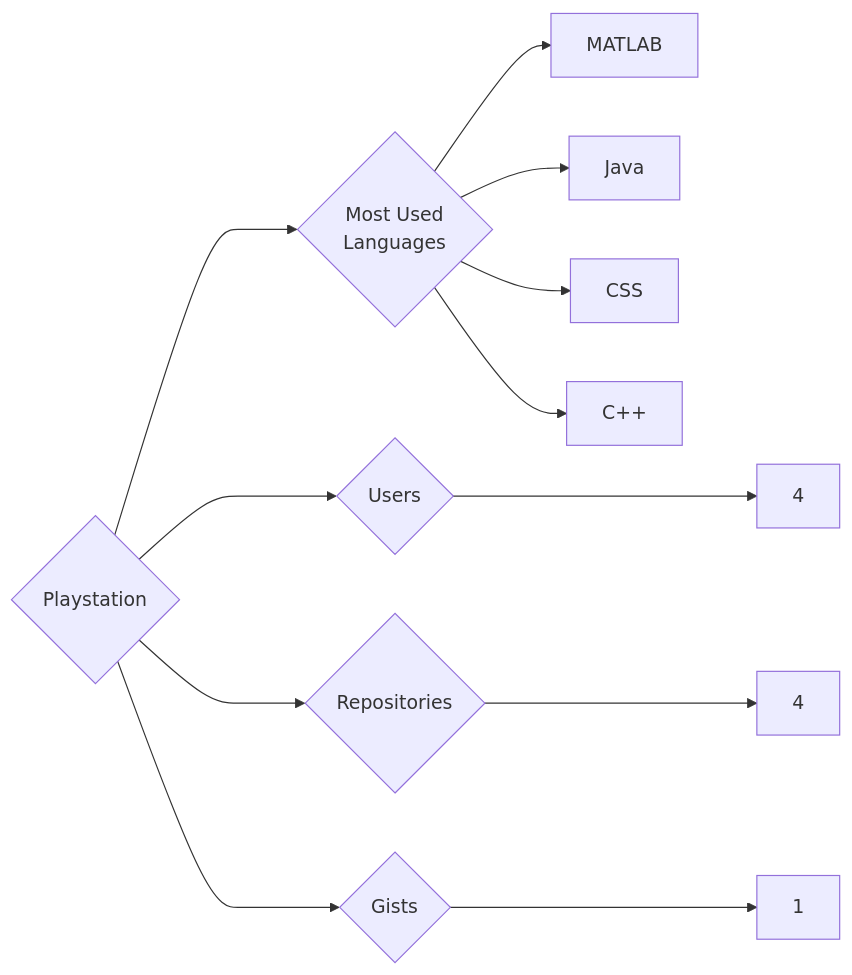
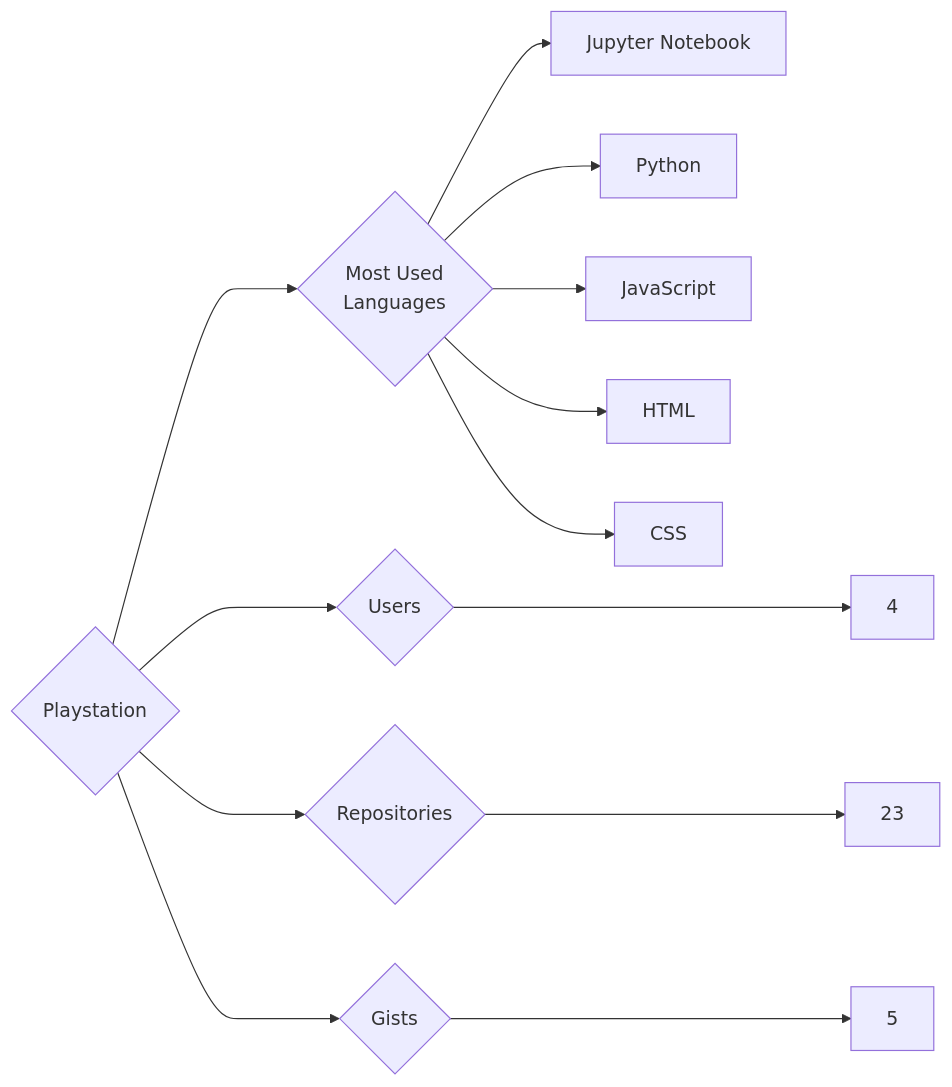
One commit to trickest/insiders changed the diagram in targets/Playstation/README.md. Above: the diagram before and after it, drawn with Mermaid. The commit also changed 955 other files, not shown here.

````diff
--- a/targets/Playstation/README.md
+++ b/targets/Playstation/README.md
@@ -3,12 +3,13 @@
 ```mermaid
 graph LR
 COMPANY_NAME{Playstation}
 COMPANY_NAME ---> U{Users} ---> UN[4]
-COMPANY_NAME ---> R{Repositories} ---> RN[4]
-COMPANY_NAME ---> G{Gists} ---> GN[1]
+COMPANY_NAME ---> R{Repositories} ---> RN[23]
+COMPANY_NAME ---> G{Gists} ---> GN[5]
 COMPANY_NAME ---> ML{Most Used<br>Languages}
-ML --> MATLAB[MATLAB]
-ML --> Java[Java]
+ML --> Jupyter_Notebook[Jupyter Notebook]
+ML --> Python[Python]
+ML --> JavaScript[JavaScript]
+ML --> HTML[HTML]
 ML --> CSS[CSS]
-ML --> C++[C++]
 ```
````
